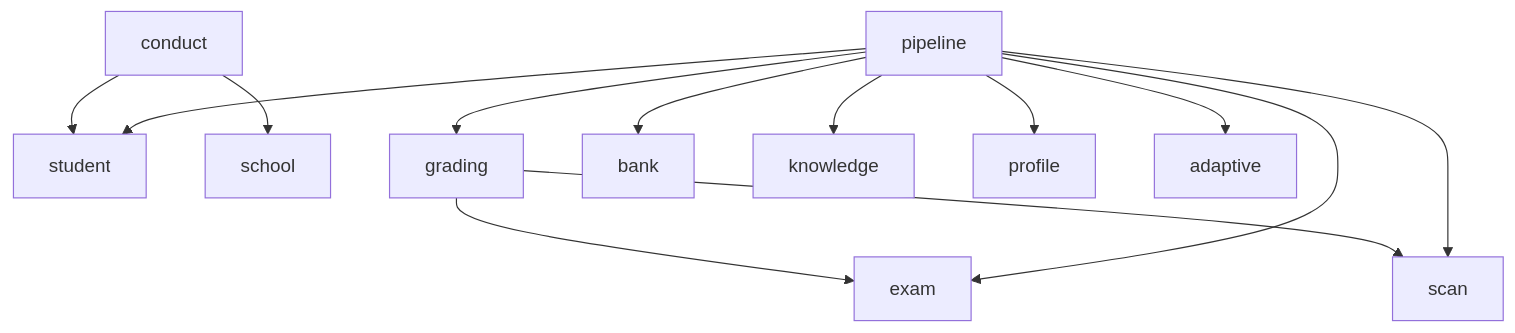
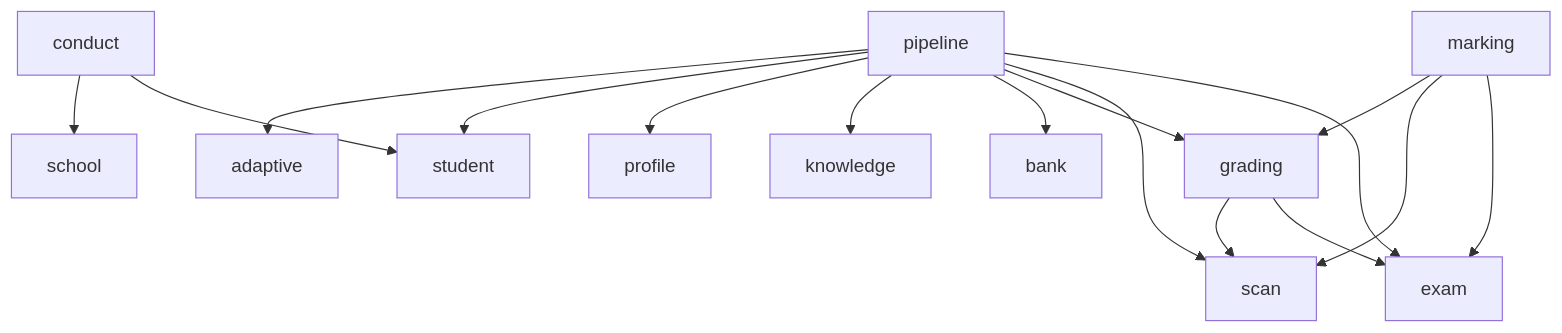
One commit to juanwan99/edu-cloud changed the diagram in docs/governance/dependency-graph.md. Above: the diagram before and after it, drawn with Mermaid. The commit also changed 3 other files, not shown here.

````diff
--- a/docs/governance/dependency-graph.md
+++ b/docs/governance/dependency-graph.md
@@ -5,15 +5,18 @@
 ```mermaid
 flowchart TD
   conduct --> student
   conduct --> school
   grading --> exam
   grading --> scan
+  marking --> exam
+  marking --> scan
+  marking --> grading
   pipeline --> exam
   pipeline --> scan
   pipeline --> grading
   pipeline --> bank
   pipeline --> knowledge
   pipeline --> profile
   pipeline --> student
   pipeline --> adaptive
 ```
````
